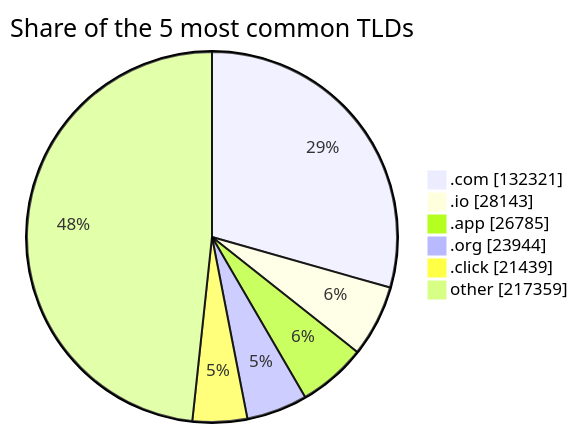
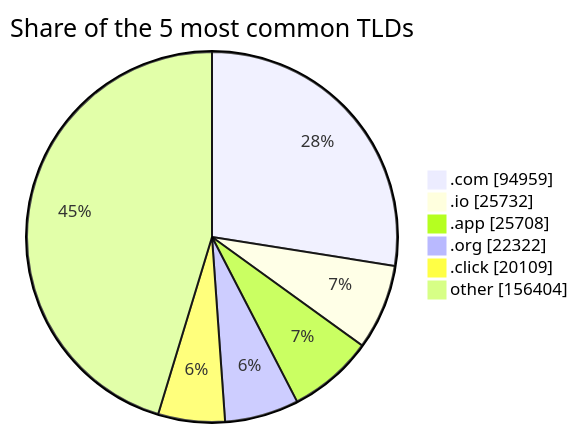
Before and after one commit to DNSBunker/CTI: the third of 3 diagrams in README.md, drawn with Mermaid. The commit also changed other lines of this file and 3 other files, not shown here.

````diff
--- a/README.md
+++ b/README.md
@@ -81,9 +81,9 @@
 ```mermaid
 pie showData title Share of the 5 most common TLDs
-    ".com" : 132321
-    ".io" : 28143
-    ".app" : 26785
-    ".org" : 23944
-    ".click" : 21439
-    "other" : 217359
+    ".com" : 94959
+    ".io" : 25732
+    ".app" : 25708
+    ".org" : 22322
+    ".click" : 20109
+    "other" : 156404
 ```
````
